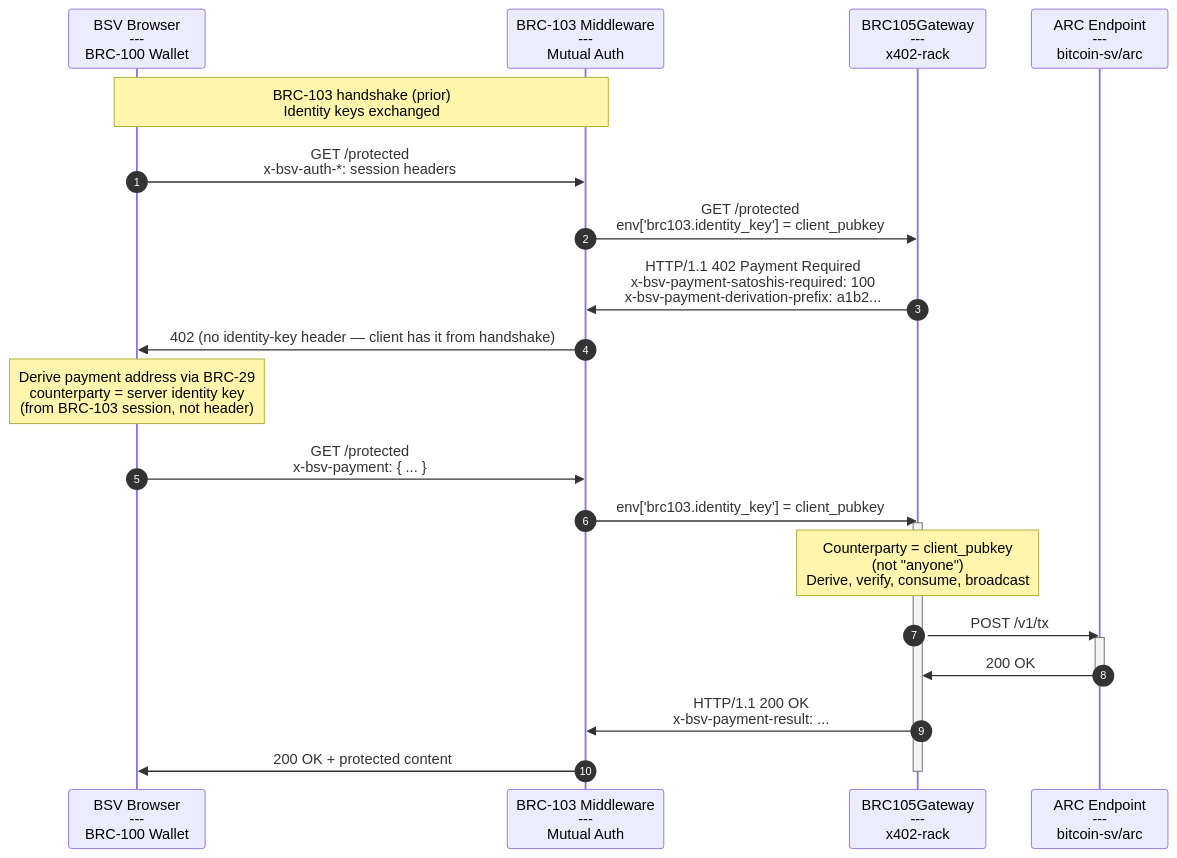
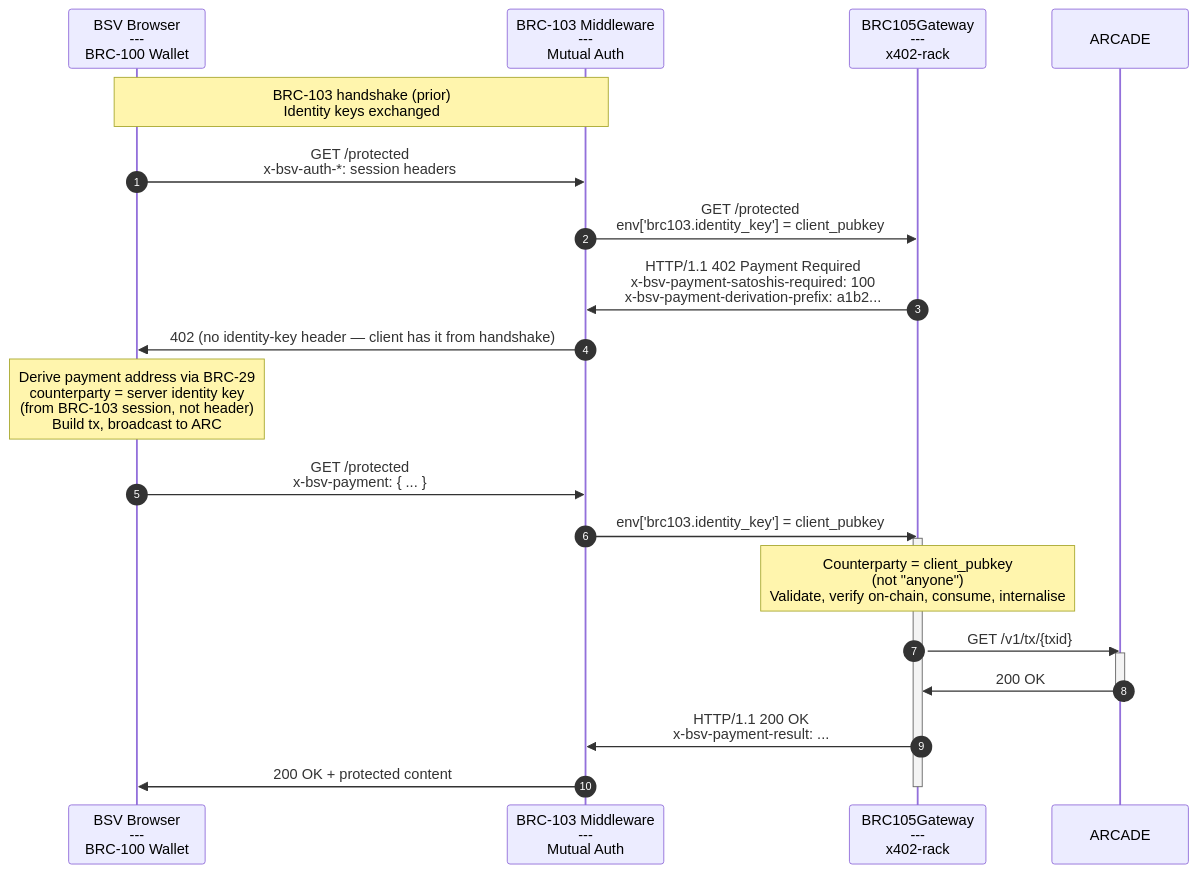
Before and after one commit to sgbett/x402-rack: the second of 2 diagrams in docs/process-flow/brc105-gateway.md, drawn with Mermaid. The commit also changed other lines of this file and 4 other files, not shown here.

First line of the commit message:
docs: update all docs for client-broadcast model

````diff
--- a/docs/process-flow/brc105-gateway.md
+++ b/docs/process-flow/brc105-gateway.md
@@ -65,33 +74,33 @@
 ```mermaid
 sequenceDiagram
   autonumber
   participant client as BSV Browser<br/>---<br/>BRC-100 Wallet
   participant brc103 as BRC-103 Middleware<br/>---<br/>Mutual Auth
   participant server as BRC105Gateway<br/>---<br/>x402-rack
-  participant arc as ARC Endpoint<br/>---<br/>bitcoin-sv/arc
+  participant arc as ARCADE
 
   Note over client,brc103: BRC-103 handshake (prior)<br/>Identity keys exchanged
 
   client->>brc103: GET /protected<br/>x-bsv-auth-*: session headers
   brc103->>server: GET /protected<br/>env['brc103.identity_key'] = client_pubkey
 
   server->>brc103: HTTP/1.1 402 Payment Required<br/>x-bsv-payment-satoshis-required: 100<br/>x-bsv-payment-derivation-prefix: a1b2...
   brc103->>client: 402 (no identity-key header — client has it from handshake)
 
-  Note over client: Derive payment address via BRC-29<br/>counterparty = server identity key<br/>(from BRC-103 session, not header)
+  Note over client: Derive payment address via BRC-29<br/>counterparty = server identity key<br/>(from BRC-103 session, not header)<br/>Build tx, broadcast to ARC
 
   client->>brc103: GET /protected<br/>x-bsv-payment: { ... }
   brc103->>server: env['brc103.identity_key'] = client_pubkey
 
   activate server
-  Note over server: Counterparty = client_pubkey<br/>(not "anyone")<br/>Derive, verify, consume, broadcast
+  Note over server: Counterparty = client_pubkey<br/>(not "anyone")<br/>Validate, verify on-chain, consume, internalise
 
-  server->>arc: POST /v1/tx
+  server->>arc: GET /v1/tx/{txid}
   activate arc
   arc->>server: 200 OK
   deactivate arc
 
   server->>brc103: HTTP/1.1 200 OK<br/>x-bsv-payment-result: ...
   brc103->>client: 200 OK + protected content
   deactivate server
 ```
````
